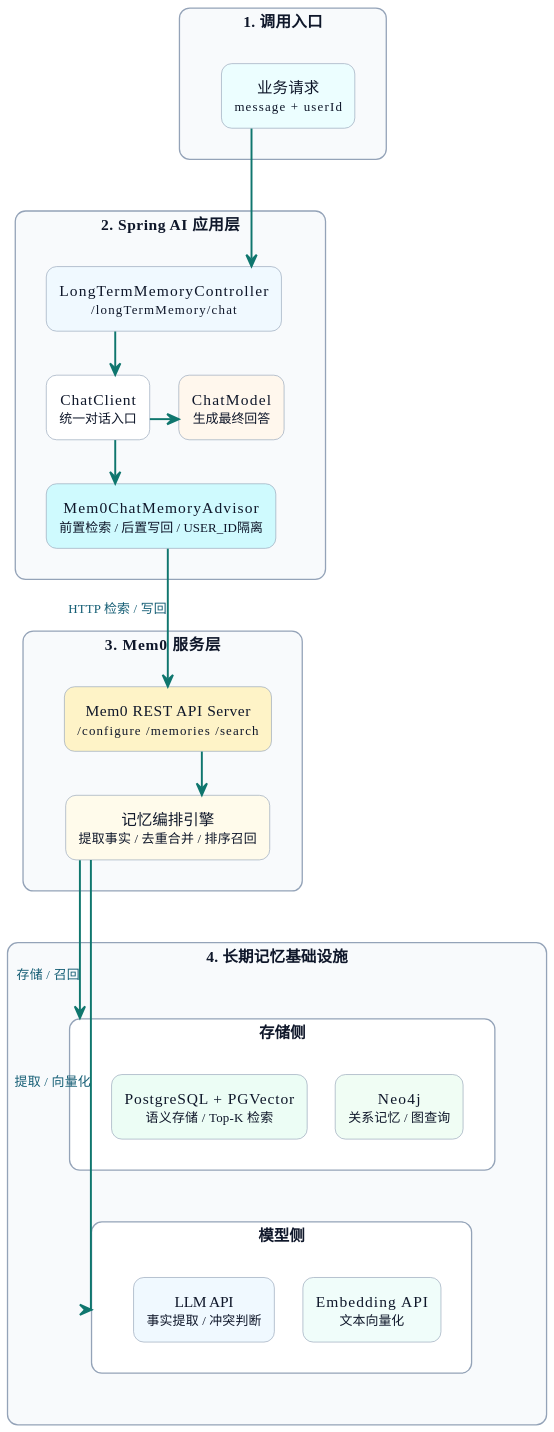
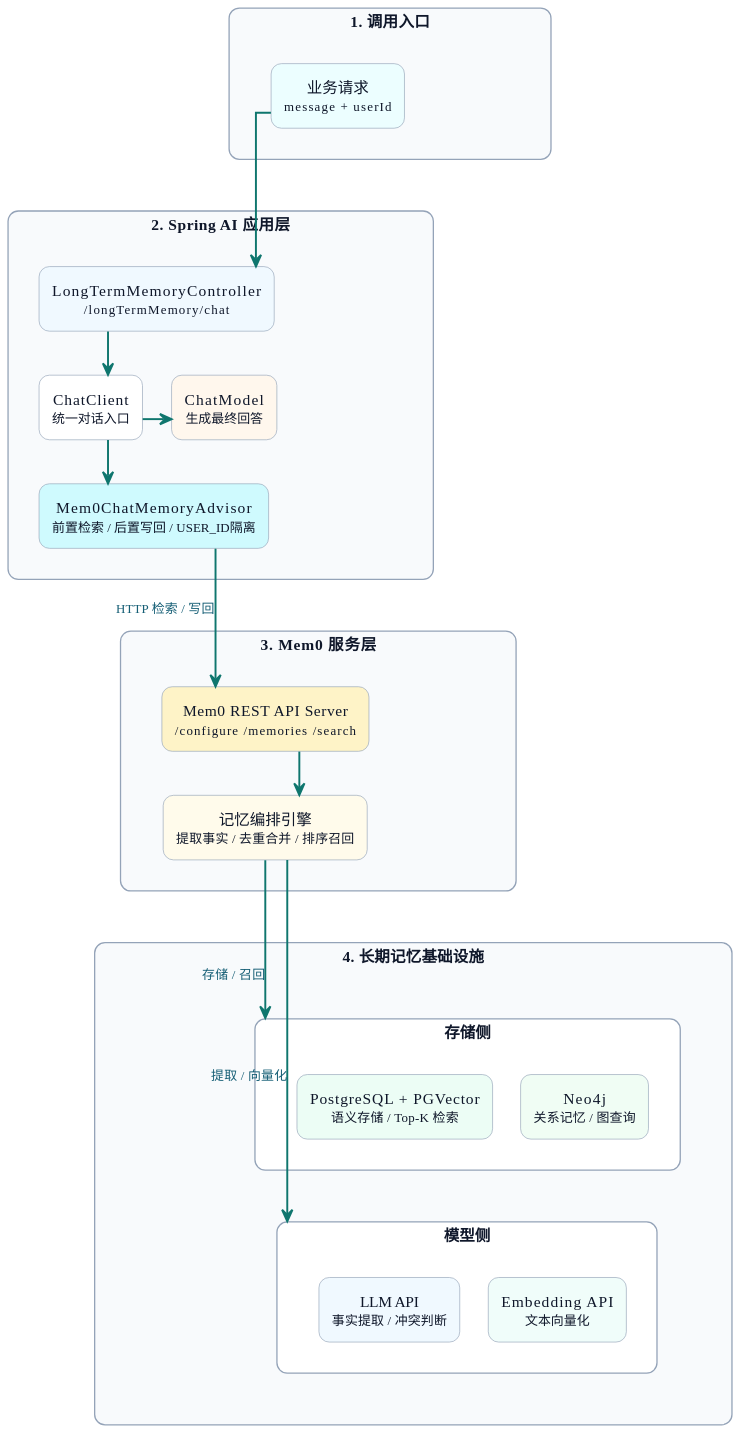
Before and after one commit to shining-stars-l/javaup: the first of 2 diagrams in docs/55-超级智能体/35-会话记忆的详细设计/05-Spring AI集成Mem0长期记忆实战.md, drawn with PlantUML. The commit also changed 1 other file, not shown here.

Commit message:
添加会话记忆的讲解内容

```diff
--- a/docs/55-超级智能体/35-会话记忆的详细设计/05-Spring AI集成Mem0长期记忆实战.md
+++ b/docs/55-超级智能体/35-会话记忆的详细设计/05-Spring AI集成Mem0长期记忆实战.md
@@ -50,8 +50,16 @@
   FontSize 12
 }
 
+skinparam rectangle<<spacer>> {
+  BorderColor transparent
+  BackgroundColor transparent
+  FontColor transparent
+}
+
 package "1. 调用入口" as L0 #F8FAFC {
   rectangle "业务请求\n<size:10>message + userId</size>" as USER #ECFEFF
+  rectangle "<size:1>pad pad pad pad pad pad</size>" as S0 <<spacer>>
+  USER -[hidden]right-> S0
 }
 
 package "2. Spring AI 应用层" as L1 #F8FAFC {
@@ -59,17 +67,21 @@
   rectangle "ChatClient\n<size:10>统一对话入口</size>" as CC #FFFFFF
   rectangle "Mem0ChatMemoryAdvisor\n<size:10>前置检索 / 后置写回 / USER_ID隔离</size>" as ADV #CFFAFE
   rectangle "ChatModel\n<size:10>生成最终回答</size>" as CM #FFF7ED
+  rectangle "<size:1>pad pad pad pad pad pad pad</size>" as S1 <<spacer>>
 
   CTRL -[hidden]down-> CC
   CC -[hidden]down-> ADV
   CC -[hidden]right-> CM
+  CM -[hidden]right-> S1
 }
 
 package "3. Mem0 服务层" as L2 #F8FAFC {
   rectangle "Mem0 REST API Server\n<size:10>/configure /memories /search</size>" as API #FEF3C7
   rectangle "记忆编排引擎\n<size:10>提取事实 / 去重合并 / 排序召回</size>" as ENGINE #FFFBEB
+  rectangle "<size:1>pad pad pad pad pad pad pad</size>" as S2 <<spacer>>
 
   API -[hidden]down-> ENGINE
+  API -[hidden]right-> S2
 }
 
 package "4. 长期记忆基础设施" as L3 #F8FAFC {
@@ -85,7 +97,9 @@
     LLM -[hidden]right-> EMB
   }
 
+  rectangle "<size:1>pad pad pad pad pad</size>" as S3 <<spacer>>
   STORE -[hidden]down-> MODEL
+  STORE -[hidden]right-> S3
 }
 
 L0 -[hidden]down-> L1
```
